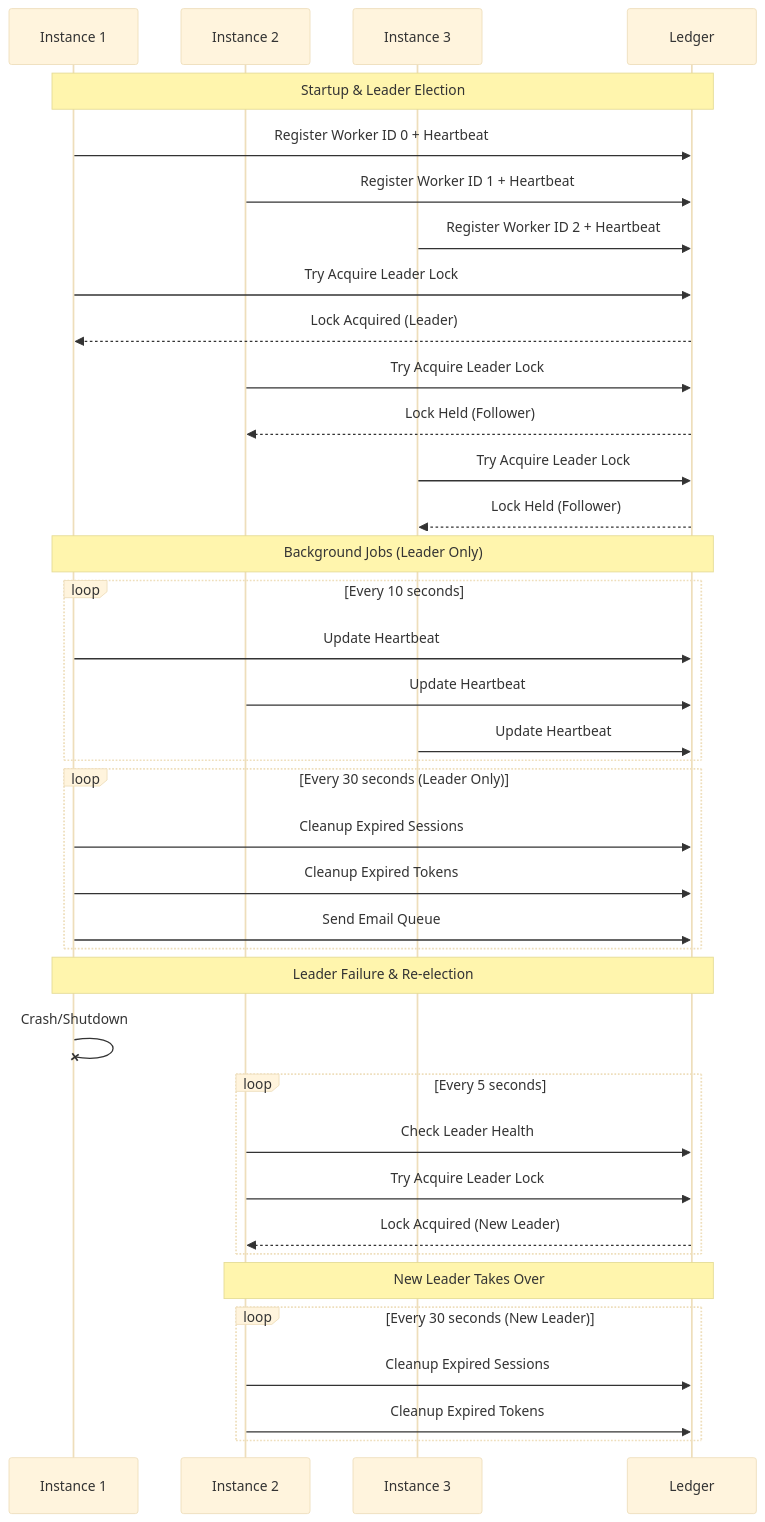
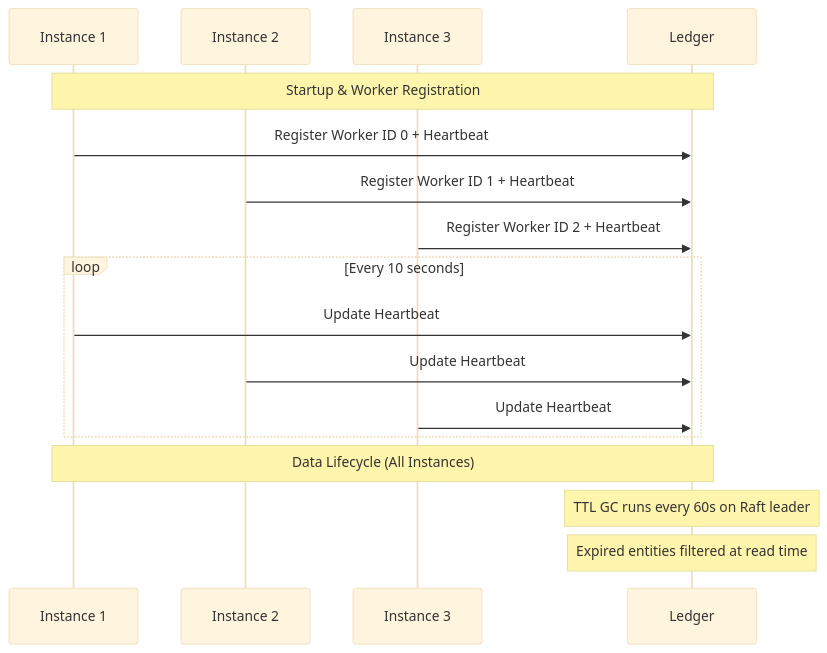
One commit to inferadb/control changed the fourth of 10 diagrams in docs/architecture.md. Above: the diagram before and after it, drawn with Mermaid (base theme). The commit also changed other lines of this file and 23 other files, not shown here.

Commit message:
feat: leader election → ledger gc

````diff
--- a/docs/architecture.md
+++ b/docs/architecture.md
@@ -188,53 +188,23 @@
 ```mermaid
 sequenceDiagram
     participant API1 as Instance 1
     participant API2 as Instance 2
     participant API3 as Instance 3
     participant Ledger as Ledger
 
-    Note over API1,Ledger: Startup & Leader Election
+    Note over API1,Ledger: Startup & Worker Registration
 
     API1->>Ledger: Register Worker ID 0 + Heartbeat
     API2->>Ledger: Register Worker ID 1 + Heartbeat
     API3->>Ledger: Register Worker ID 2 + Heartbeat
-
-    API1->>Ledger: Try Acquire Leader Lock
-    Ledger-->>API1: Lock Acquired (Leader)
-
-    API2->>Ledger: Try Acquire Leader Lock
-    Ledger-->>API2: Lock Held (Follower)
-
-    API3->>Ledger: Try Acquire Leader Lock
-    Ledger-->>API3: Lock Held (Follower)
-
-    Note over API1,Ledger: Background Jobs (Leader Only)
 
     loop Every 10 seconds
         API1->>Ledger: Update Heartbeat
         API2->>Ledger: Update Heartbeat
         API3->>Ledger: Update Heartbeat
     end
 
-    loop Every 30 seconds (Leader Only)
-        API1->>Ledger: Cleanup Expired Sessions
-        API1->>Ledger: Cleanup Expired Tokens
-        API1->>Ledger: Send Email Queue
-    end
-
-    Note over API1,Ledger: Leader Failure & Re-election
-
-    API1-xAPI1: Crash/Shutdown
-
-    loop Every 5 seconds
-        API2->>Ledger: Check Leader Health
-        API2->>Ledger: Try Acquire Leader Lock
-        Ledger-->>API2: Lock Acquired (New Leader)
-    end
-
-    Note over API2,Ledger: New Leader Takes Over
-
-    loop Every 30 seconds (New Leader)
-        API2->>Ledger: Cleanup Expired Sessions
-        API2->>Ledger: Cleanup Expired Tokens
-    end
+    Note over API1,Ledger: Data Lifecycle (All Instances)
+    Note over Ledger: TTL GC runs every 60s on Raft leader
+    Note over Ledger: Expired entities filtered at read time
 ```
````
